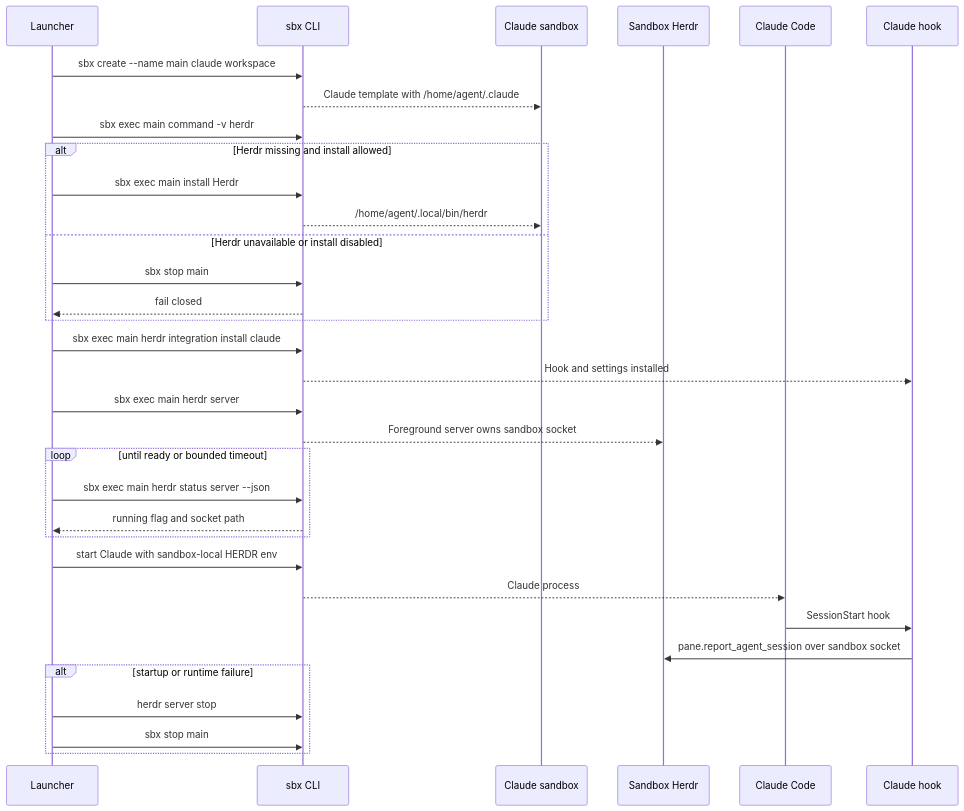
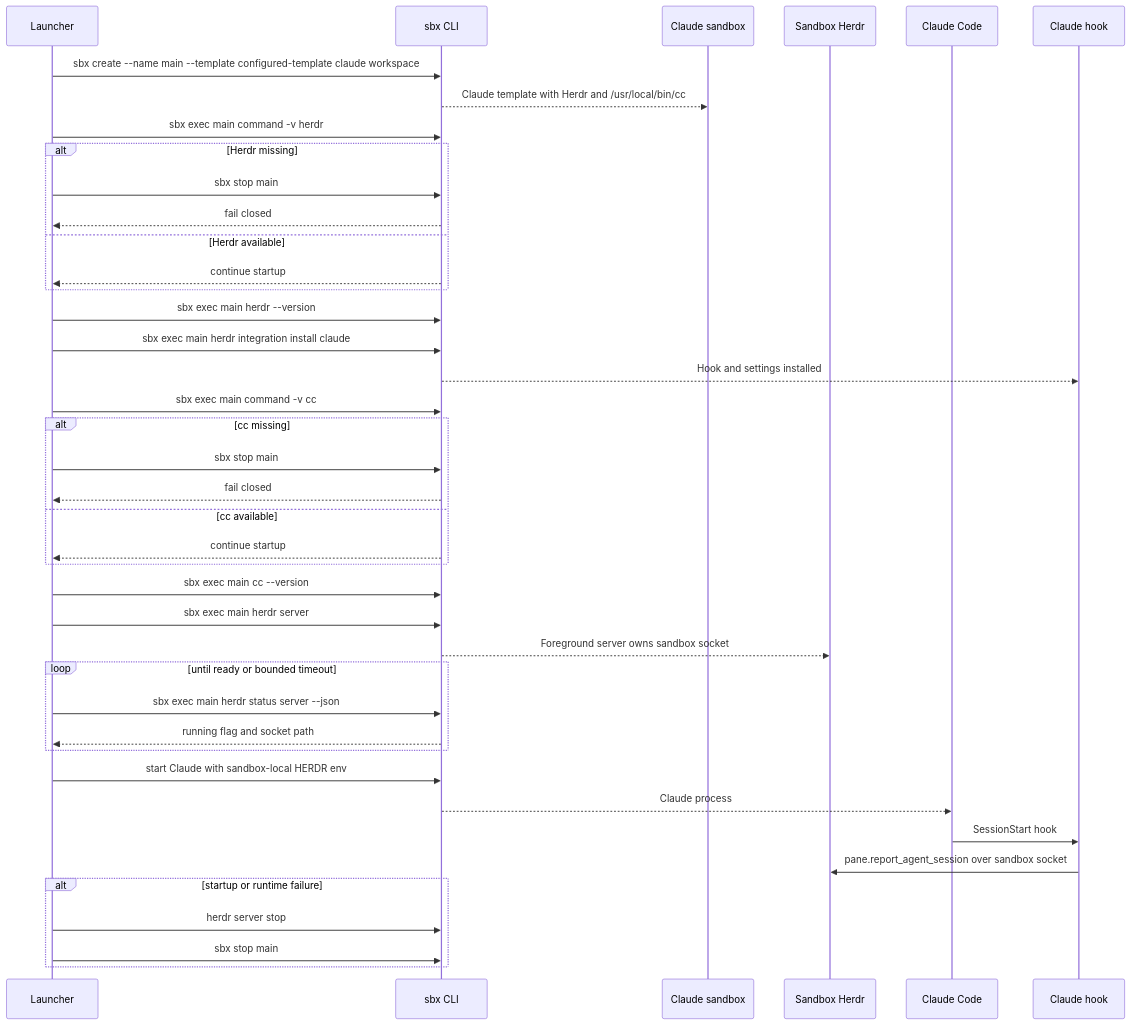
One commit to liu-qingyuan/safe-claude-sbx changed the second of 6 diagrams in docs/docker-sandbox-backend.md. Above: the diagram before and after it, drawn with Mermaid. The commit also changed other lines of this file and 1 other file, not shown here.

Commit message:
Finish template Herdr cleanup

````diff
--- a/docs/docker-sandbox-backend.md
+++ b/docs/docker-sandbox-backend.md
@@ -558,36 +554,44 @@
 ```mermaid
 sequenceDiagram
     participant L as Launcher
     participant S as sbx CLI
     participant X as Claude sandbox
     participant H as Sandbox Herdr
     participant C as Claude Code
     participant K as Claude hook
 
-    L->>S: sbx create --name main claude workspace
-    S-->>X: Claude template with /home/agent/.claude
+    L->>S: sbx create --name main --template configured-template claude workspace
+    S-->>X: Claude template with Herdr and /usr/local/bin/cc
     L->>S: sbx exec main command -v herdr
-    alt Herdr missing and install allowed
-        L->>S: sbx exec main install Herdr
-        S-->>X: /home/agent/.local/bin/herdr
-    else Herdr unavailable or install disabled
+    alt Herdr missing
         L->>S: sbx stop main
         S-->>L: fail closed
+    else Herdr available
+        S-->>L: continue startup
     end
+    L->>S: sbx exec main herdr --version
     L->>S: sbx exec main herdr integration install claude
     S-->>K: Hook and settings installed
+    L->>S: sbx exec main command -v cc
+    alt cc missing
+        L->>S: sbx stop main
+        S-->>L: fail closed
+    else cc available
+        S-->>L: continue startup
+    end
+    L->>S: sbx exec main cc --version
     L->>S: sbx exec main herdr server
     S-->>H: Foreground server owns sandbox socket
     loop until ready or bounded timeout
         L->>S: sbx exec main herdr status server --json
         S-->>L: running flag and socket path
     end
     L->>S: start Claude with sandbox-local HERDR env
     S-->>C: Claude process
     C->>K: SessionStart hook
     K->>H: pane.report_agent_session over sandbox socket
     alt startup or runtime failure
         L->>S: herdr server stop
         L->>S: sbx stop main
     end
 ```
````
